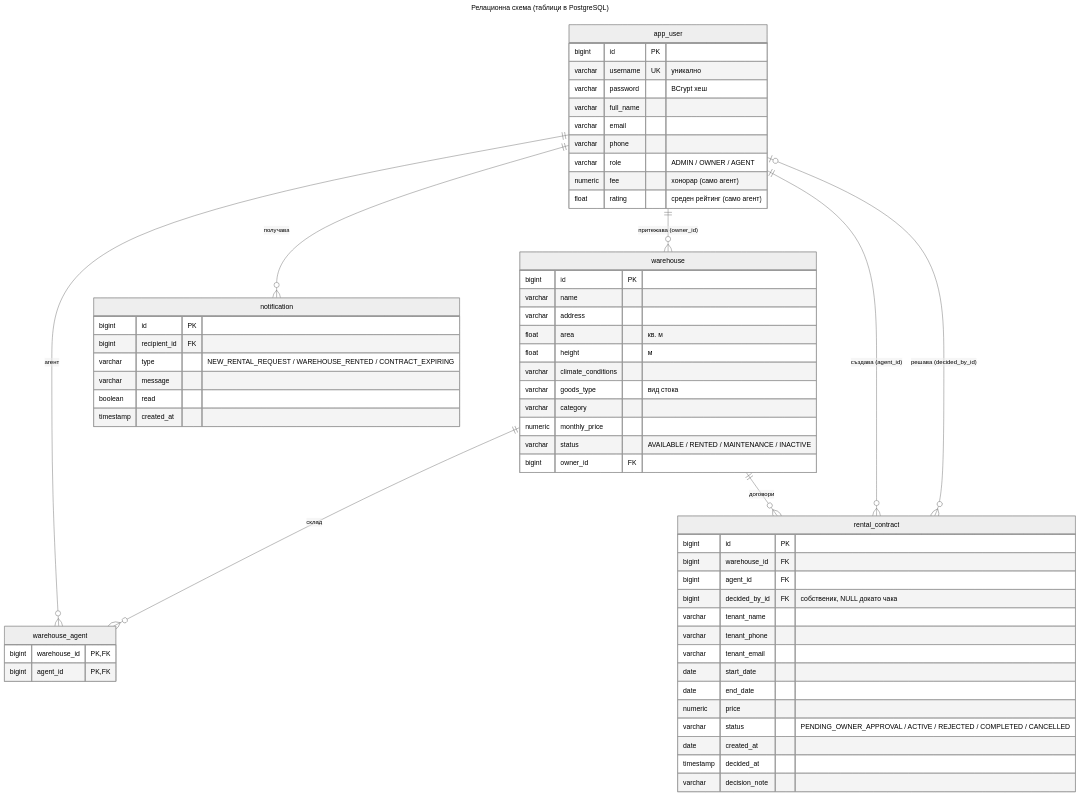
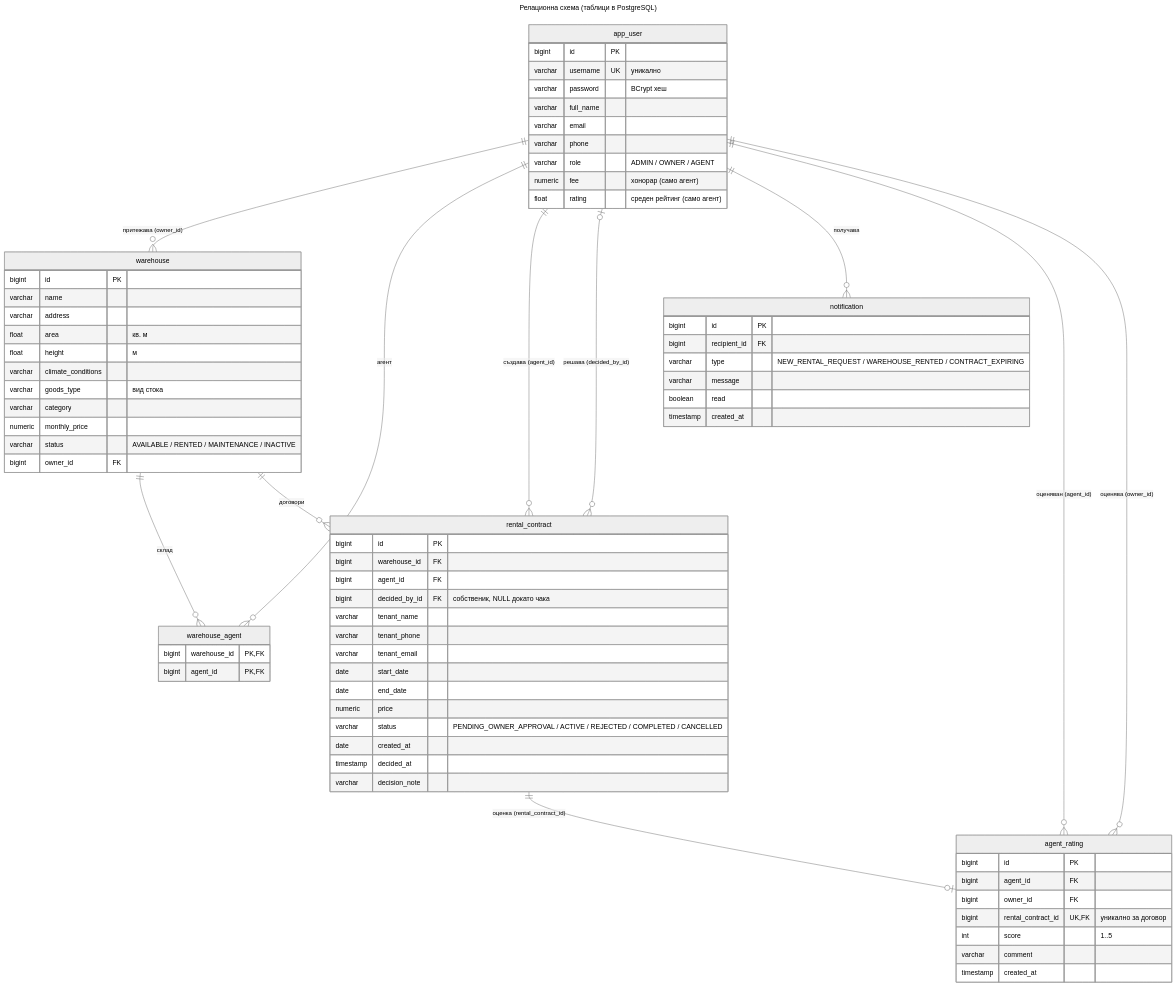
One commit to MaxiTVBG/skladove-spring changed the diagram in docs/mermaid/er-relational.mmd. Above: the diagram before and after it, drawn with Mermaid (neutral theme). The commit also changed 7 other files, not shown here.

Commit message:
Обновени UML/ER диаграми с AgentRating и актуализирана документация

```diff
--- a/docs/mermaid/er-relational.mmd
+++ b/docs/mermaid/er-relational.mmd
@@ -1,64 +1,76 @@
 ---
 title: Релационна схема (таблици в PostgreSQL)
 ---
 erDiagram
   app_user ||--o{ warehouse : "притежава (owner_id)"
   app_user ||--o{ warehouse_agent : "агент"
   warehouse ||--o{ warehouse_agent : "склад"
   warehouse ||--o{ rental_contract : "договори"
   app_user ||--o{ rental_contract : "създава (agent_id)"
   app_user |o--o{ rental_contract : "решава (decided_by_id)"
   app_user ||--o{ notification : "получава"
+  app_user ||--o{ agent_rating : "оценяван (agent_id)"
+  app_user ||--o{ agent_rating : "оценява (owner_id)"
+  rental_contract ||--o| agent_rating : "оценка (rental_contract_id)"
 
   app_user {
     bigint id PK
     varchar username UK "уникално"
     varchar password "BCrypt хеш"
     varchar full_name
     varchar email
     varchar phone
     varchar role "ADMIN / OWNER / AGENT"
     numeric fee "хонорар (само агент)"
     float rating "среден рейтинг (само агент)"
   }
   warehouse {
     bigint id PK
     varchar name
     varchar address
     float area "кв. м"
     float height "м"
     varchar climate_conditions
     varchar goods_type "вид стока"
     varchar category
     numeric monthly_price
     varchar status "AVAILABLE / RENTED / MAINTENANCE / INACTIVE"
     bigint owner_id FK
   }
   warehouse_agent {
     bigint warehouse_id PK,FK
     bigint agent_id PK,FK
   }
   rental_contract {
     bigint id PK
     bigint warehouse_id FK
     bigint agent_id FK
     bigint decided_by_id FK "собственик, NULL докато чака"
     varchar tenant_name
     varchar tenant_phone
     varchar tenant_email
     date start_date
     date end_date
     numeric price
     varchar status "PENDING_OWNER_APPROVAL / ACTIVE / REJECTED / COMPLETED / CANCELLED"
     date created_at
     timestamp decided_at
     varchar decision_note
   }
   notification {
     bigint id PK
     bigint recipient_id FK
     varchar type "NEW_RENTAL_REQUEST / WAREHOUSE_RENTED / CONTRACT_EXPIRING"
     varchar message
     boolean read
     timestamp created_at
   }
+  agent_rating {
+    bigint id PK
+    bigint agent_id FK
+    bigint owner_id FK
+    bigint rental_contract_id UK,FK "уникално за договор"
+    int score "1..5"
+    varchar comment
+    timestamp created_at
+  }
```
